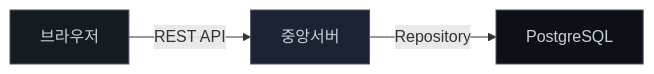
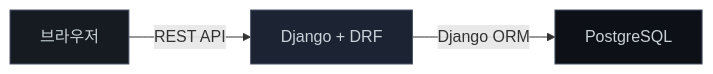
Before and after one commit to qkr7287/HyperCube: the fifth of 11 diagrams in docs/to-be-architecture.md, drawn with Mermaid. The commit also changed other lines of this file, not shown here.

First line of the commit message:
docs: update Phase timeline and fix remaining references for Django

````diff
--- a/docs/to-be-architecture.md
+++ b/docs/to-be-architecture.md
@@ -376,9 +376,9 @@
 ```mermaid
 graph LR
-    Browser["브라우저"] -->|REST API| Server["중앙서버"]
-    Server -->|Repository| DB["PostgreSQL"]
+    Browser["브라우저"] -->|REST API| Server["Django + DRF"]
+    Server -->|Django ORM| DB["PostgreSQL"]
 
     style Browser fill:#161b22,stroke:#4a5568,color:#c9d1d9
     style Server fill:#1c2333,stroke:#4a5568,color:#c9d1d9
     style DB fill:#0d1117,stroke:#4a5568,color:#c9d1d9
 ```
````
